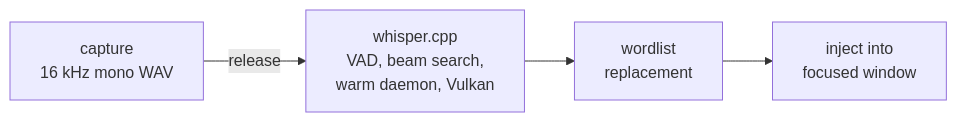
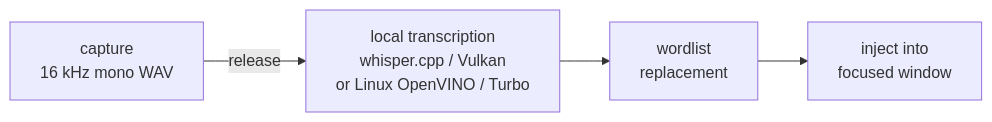
Before and after one commit to MrTorriz/sayit: the first of 3 diagrams in docs/ARCHITECTURE.md, drawn with Mermaid. The commit also changed other lines of this file and 31 other files, not shown here.

Commit message:
feat: add optional OpenVINO Turbo dictation on Linux

````diff
--- a/docs/ARCHITECTURE.md
+++ b/docs/ARCHITECTURE.md
@@ -20,6 +20,6 @@
 ```mermaid
 flowchart LR
-    A["capture<br>16 kHz mono WAV"] -->|release| B["whisper.cpp<br>VAD, beam search,<br>warm daemon, Vulkan"]
+    A["capture<br>16 kHz mono WAV"] -->|release| B["local transcription<br>whisper.cpp / Vulkan<br>or Linux OpenVINO / Turbo"]
     B --> C["wordlist<br>replacement"]
     C --> D["inject into<br>focused window"]
 ```
````
